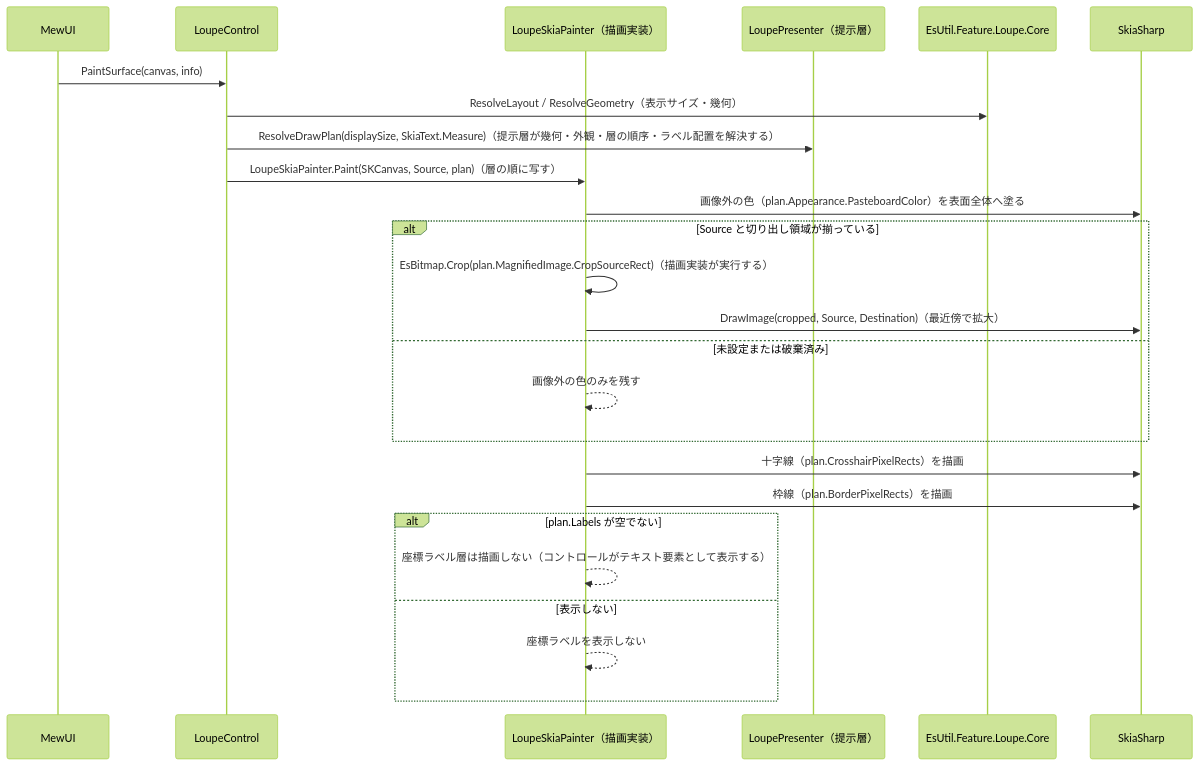
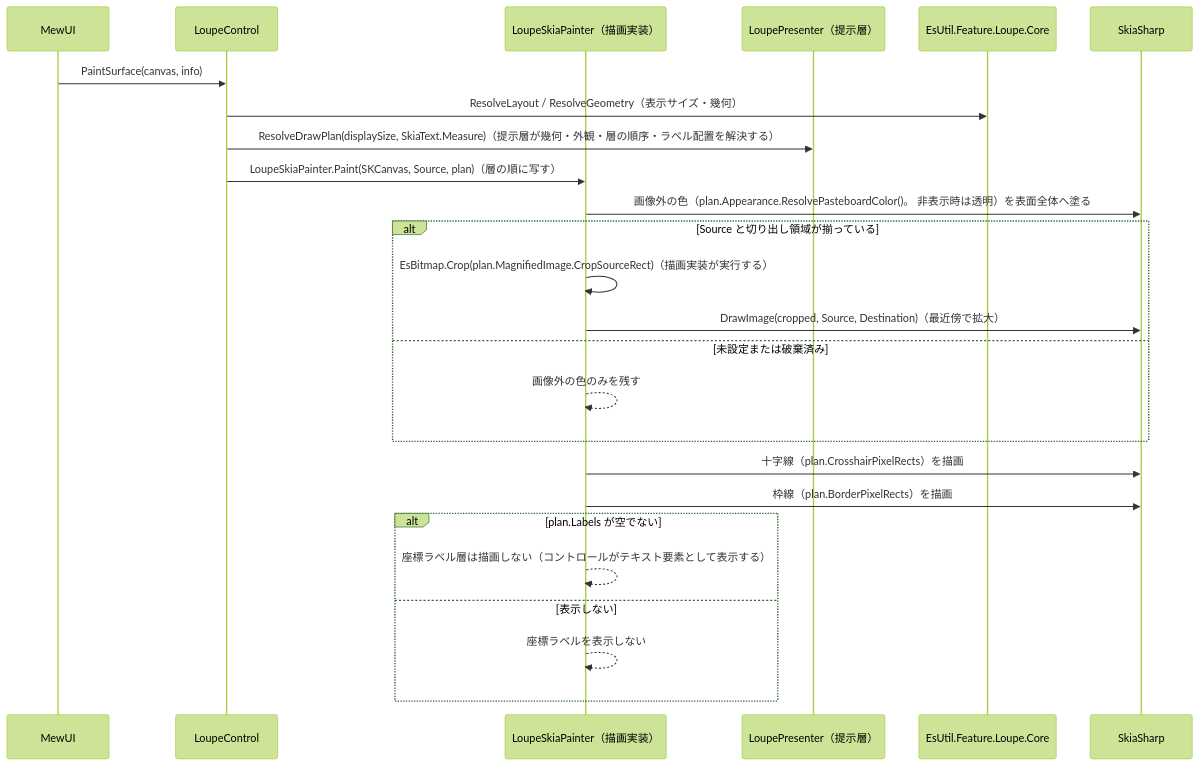
Before and after one commit to tomokuni/SaveEvidence: the second of 2 diagrams in src/EsUtil.Feature.Loupe.ControlMewUI/docs/SPEC_System.md, drawn with Mermaid (forest theme). The commit also changed other lines of this file and 21 other files, not shown here.

````diff
--- a/src/EsUtil.Feature.Loupe.ControlMewUI/docs/SPEC_System.md
+++ b/src/EsUtil.Feature.Loupe.ControlMewUI/docs/SPEC_System.md
@@ -210,28 +215,28 @@
 ```mermaid
 sequenceDiagram
     participant MW as MewUI
     participant LC as LoupeControl
     participant R as LoupeSkiaPainter（描画実装）
     participant P as LoupePresenter（提示層）
     participant C as EsUtil.Feature.Loupe.Core
     participant SK as SkiaSharp
 
     MW->>LC: PaintSurface(canvas, info)
     LC->>C: ResolveLayout / ResolveGeometry（表示サイズ・幾何）
     LC->>P: ResolveDrawPlan(displaySize, SkiaText.Measure)（提示層が幾何・外観・層の順序・ラベル配置を解決する）
     LC->>R: LoupeSkiaPainter.Paint(SKCanvas, Source, plan)（層の順に写す）
-    R->>SK: 画像外の色（plan.Appearance.PasteboardColor）を表面全体へ塗る
+    R->>SK: 画像外の色（plan.Appearance.ResolvePasteboardColor()。 非表示時は透明）を表面全体へ塗る
     alt Source と切り出し領域が揃っている
         R->>R: EsBitmap.Crop(plan.MagnifiedImage.CropSourceRect)（描画実装が実行する）
         R->>SK: DrawImage(cropped, Source, Destination)（最近傍で拡大）
     else 未設定または破棄済み
         R-->>R: 画像外の色のみを残す
     end
     R->>SK: 十字線（plan.CrosshairPixelRects）を描画
     R->>SK: 枠線（plan.BorderPixelRects）を描画
     alt plan.Labels が空でない
         R-->>R: 座標ラベル層は描画しない（コントロールがテキスト要素として表示する）
     else 表示しない
         R-->>R: 座標ラベルを表示しない
     end
 ```
````
